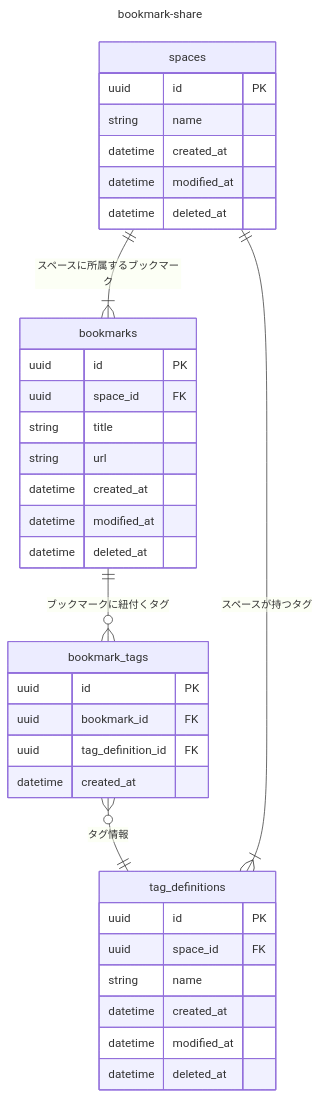
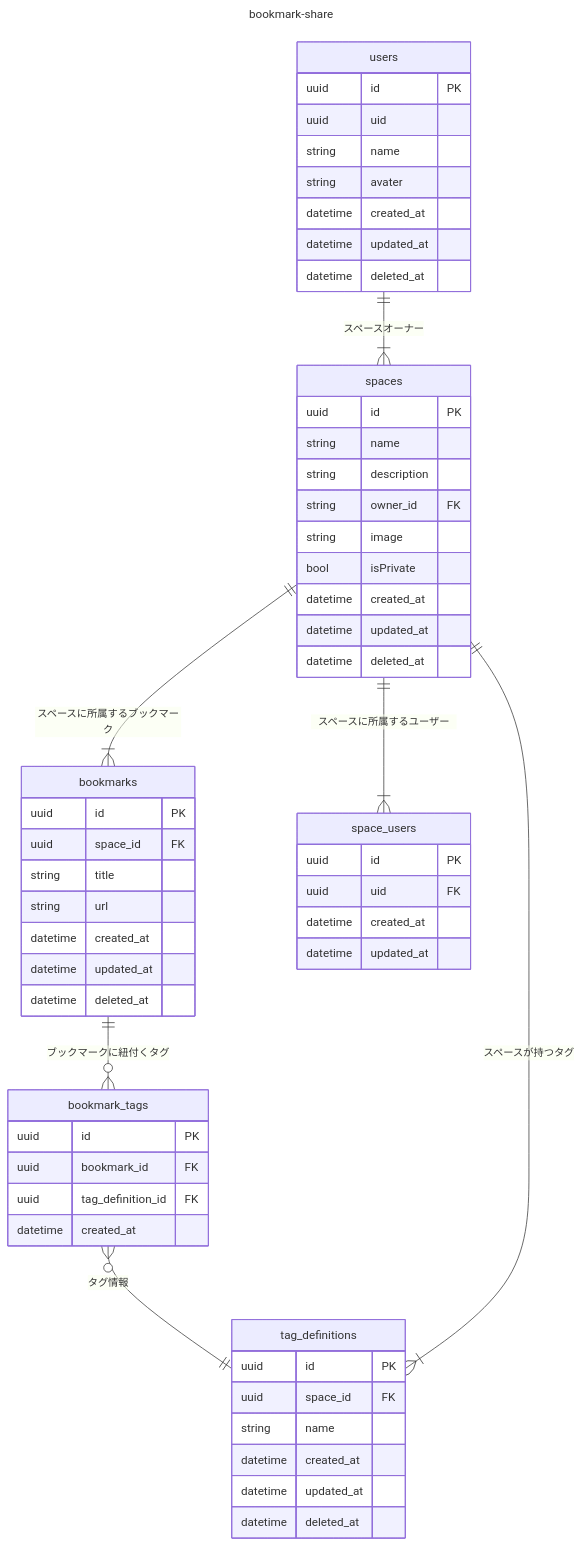
The diagram in docs/database/er-diagram.md (Atoyr/bookmark-share), drawn with Mermaid before and after one commit. The commit also changed other lines of this file and 15 other files, not shown here.

````diff
--- a/docs/database/er-diagram.md
+++ b/docs/database/er-diagram.md
@@ -5,45 +5,67 @@
 ```mermaid
 ---
 title: bookmark-share
 ---
 erDiagram
     spaces ||--|{ bookmarks : スペースに所属するブックマーク
     bookmark_tags }o--||tag_definitions : タグ情報
     spaces ||--|{ tag_definitions : スペースが持つタグ
     bookmarks ||--o{ bookmark_tags : ブックマークに紐付くタグ
+    users ||--|{ spaces : スペースオーナー
+    spaces ||--|{ space_users : スペースに所属するユーザー
 
+    users {
+        uuid id PK
+        uuid uid
+        string name
+        string avater
+        datetime created_at
+        datetime updated_at
+        datetime deleted_at
+    }
 
     spaces {
         uuid id PK
         string name
+        string description
+        string owner_id FK
+        string image
+        bool isPrivate
         datetime created_at
-        datetime modified_at
+        datetime updated_at
         datetime deleted_at
+    }
+
+    space_users {
+        uuid id PK
+        uuid uid FK
+        datetime created_at
+        datetime updated_at
     }
 
     bookmarks {
         uuid id PK
         uuid space_id FK
         string title
         string url
         datetime created_at
-        datetime modified_at
+        datetime updated_at
         datetime deleted_at
     }
 
     bookmark_tags {
         uuid id PK
         uuid bookmark_id FK
         uuid tag_definition_id FK
         datetime created_at
     }
 
     tag_definitions {
         uuid id PK
         uuid space_id FK
         string name
         datetime created_at
-        datetime modified_at
+        datetime updated_at
         datetime deleted_at
     }
 ```
````
